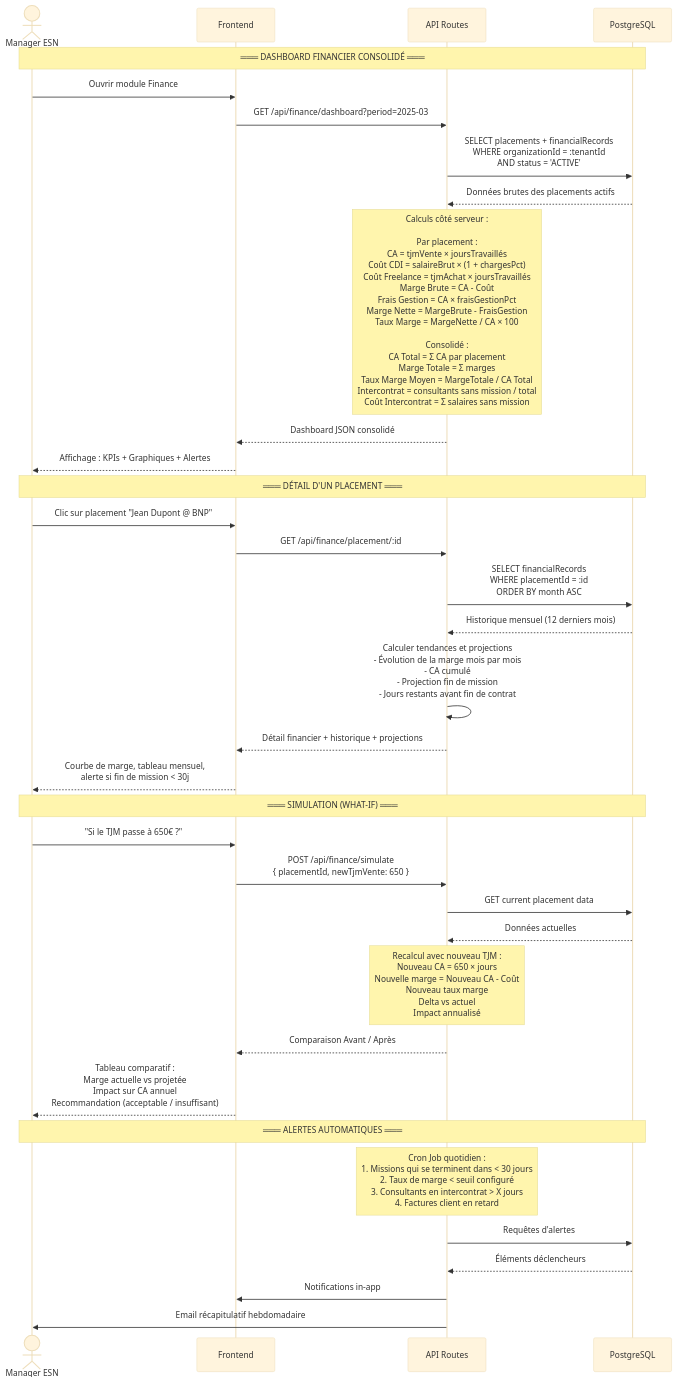
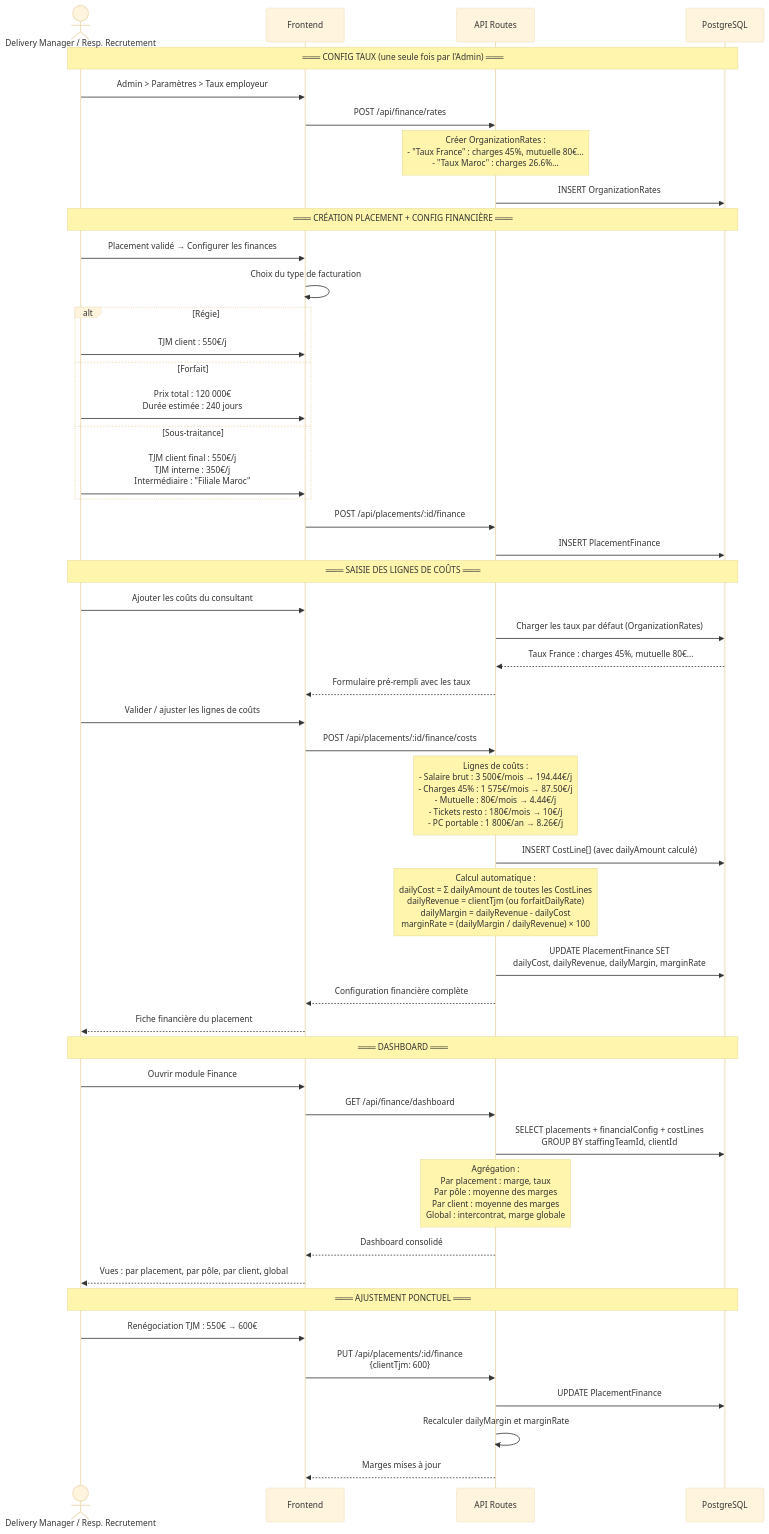
Before and after one commit to MisterRaymond/staffing-ai-architecture: the diagram in docs/diagrams/sequences/financial-calculation.md, drawn with Mermaid (base theme). The commit also changed 9 other files, not shown here.

First line of the commit message:
feat: refonte module financier — daily cost, 3 types facturation, taux configurables

````diff
--- a/docs/diagrams/sequences/financial-calculation.md
+++ b/docs/diagrams/sequences/financial-calculation.md
@@ -3,55 +3,72 @@
 ```mermaid
 sequenceDiagram
-    actor M as Manager ESN
+    actor DM as Delivery Manager / Resp. Recrutement
     participant APP as Frontend
     participant API as API Routes
     participant DB as PostgreSQL
 
-    Note over M,DB: ═══ DASHBOARD FINANCIER CONSOLIDÉ ═══
+    Note over DM,DB: ═══ CONFIG TAUX (une seule fois par l'Admin) ═══
 
-    M->>APP: Ouvrir module Finance
-    APP->>API: GET /api/finance/dashboard?period=2025-03
+    DM->>APP: Admin > Paramètres > Taux employeur
+    APP->>API: POST /api/finance/rates
+    Note over API: Créer OrganizationRates :<br/>- "Taux France" : charges 45%, mutuelle 80€...<br/>- "Taux Maroc" : charges 26.6%...
+    API->>DB: INSERT OrganizationRates
+    
+    Note over DM,DB: ═══ CRÉATION PLACEMENT + CONFIG FINANCIÈRE ═══
 
-    API->>DB: SELECT placements + financialRecords<br/>WHERE organizationId = :tenantId<br/>AND status = 'ACTIVE'
-    DB-->>API: Données brutes des placements actifs
+    DM->>APP: Placement validé → Configurer les finances
+    APP->>APP: Choix du type de facturation
 
-    Note over API: Calculs côté serveur :<br/><br/>Par placement :<br/>  CA = tjmVente × joursTravaillés<br/>  Coût CDI = salaireBrut × (1 + chargesPct)<br/>  Coût Freelance = tjmAchat × joursTravaillés<br/>  Marge Brute = CA - Coût<br/>  Frais Gestion = CA × fraisGestionPct<br/>  Marge Nette = MargeBrute - FraisGestion<br/>  Taux Marge = MargeNette / CA × 100<br/><br/>Consolidé :<br/>  CA Total = Σ CA par placement<br/>  Marge Totale = Σ marges<br/>  Taux Marge Moyen = MargeTotale / CA Total<br/>  Intercontrat = consultants sans mission / total<br/>  Coût Intercontrat = Σ salaires sans mission
+    alt Régie
+        DM->>APP: TJM client : 550€/j
+    else Forfait
+        DM->>APP: Prix total : 120 000€<br/>Durée estimée : 240 jours
+    else Sous-traitance
+        DM->>APP: TJM client final : 550€/j<br/>TJM interne : 350€/j<br/>Intermédiaire : "Filiale Maroc"
+    end
 
-    API-->>APP: Dashboard JSON consolidé
-    APP-->>M: Affichage : KPIs + Graphiques + Alertes
+    APP->>API: POST /api/placements/:id/finance
+    API->>DB: INSERT PlacementFinance
 
-    Note over M,DB: ═══ DÉTAIL D'UN PLACEMENT ═══
+    Note over DM,DB: ═══ SAISIE DES LIGNES DE COÛTS ═══
 
-    M->>APP: Clic sur placement "Jean Dupont @ BNP"
-    APP->>API: GET /api/finance/placement/:id
+    DM->>APP: Ajouter les coûts du consultant
 
-    API->>DB: SELECT financialRecords<br/>WHERE placementId = :id<br/>ORDER BY month ASC
-    DB-->>API: Historique mensuel (12 derniers mois)
+    API->>DB: Charger les taux par défaut (OrganizationRates)
+    DB-->>API: Taux France : charges 45%, mutuelle 80€...
+    API-->>APP: Formulaire pré-rempli avec les taux
 
-    API->>API: Calculer tendances et projections<br/>- Évolution de la marge mois par mois<br/>- CA cumulé<br/>- Projection fin de mission<br/>- Jours restants avant fin de contrat
+    DM->>APP: Valider / ajuster les lignes de coûts
+    APP->>API: POST /api/placements/:id/finance/costs
 
-    API-->>APP: Détail financier + historique + projections
-    APP-->>M: Courbe de marge, tableau mensuel,<br/>alerte si fin de mission < 30j
+    Note over API: Lignes de coûts :<br/>- Salaire brut : 3 500€/mois → 194.44€/j<br/>- Charges 45% : 1 575€/mois → 87.50€/j<br/>- Mutuelle : 80€/mois → 4.44€/j<br/>- Tickets resto : 180€/mois → 10€/j<br/>- PC portable : 1 800€/an → 8.26€/j
 
-    Note over M,DB: ═══ SIMULATION (WHAT-IF) ═══
+    API->>DB: INSERT CostLine[] (avec dailyAmount calculé)
 
-    M->>APP: "Si le TJM passe à 650€ ?"
-    APP->>API: POST /api/finance/simulate<br/>{ placementId, newTjmVente: 650 }
+    Note over API: Calcul automatique :<br/>dailyCost = Σ dailyAmount de toutes les CostLines<br/>dailyRevenue = clientTjm (ou forfaitDailyRate)<br/>dailyMargin = dailyRevenue - dailyCost<br/>marginRate = (dailyMargin / dailyRevenue) × 100
 
-    API->>DB: GET current placement data
-    DB-->>API: Données actuelles
+    API->>DB: UPDATE PlacementFinance SET<br/>dailyCost, dailyRevenue, dailyMargin, marginRate
 
-    Note over API: Recalcul avec nouveau TJM :<br/>  Nouveau CA = 650 × jours<br/>  Nouvelle marge = Nouveau CA - Coût<br/>  Nouveau taux marge<br/>  Delta vs actuel<br/>  Impact annualisé
+    API-->>APP: Configuration financière complète
+    APP-->>DM: Fiche financière du placement
 
-    API-->>APP: Comparaison Avant / Après
-    APP-->>M: Tableau comparatif :<br/>  Marge actuelle vs projetée<br/>  Impact sur CA annuel<br/>  Recommandation (acceptable / insuffisant)
+    Note over DM,DB: ═══ DASHBOARD ═══
 
-    Note over M,DB: ═══ ALERTES AUTOMATIQUES ═══
+    DM->>APP: Ouvrir module Finance
+    APP->>API: GET /api/finance/dashboard
 
-    Note over API: Cron Job quotidien :<br/>  1. Missions qui se terminent dans < 30 jours<br/>  2. Taux de marge < seuil configuré<br/>  3. Consultants en intercontrat > X jours<br/>  4. Factures client en retard
+    API->>DB: SELECT placements + financialConfig + costLines<br/>GROUP BY staffingTeamId, clientId
 
-    API->>DB: Requêtes d'alertes
-    DB-->>API: Éléments déclencheurs
-    API->>APP: Notifications in-app
-    API->>M: Email récapitulatif hebdomadaire
+    Note over API: Agrégation :<br/>Par placement : marge, taux<br/>Par pôle : moyenne des marges<br/>Par client : moyenne des marges<br/>Global : intercontrat, marge globale
+
+    API-->>APP: Dashboard consolidé
+    APP-->>DM: Vues : par placement, par pôle, par client, global
+
+    Note over DM,DB: ═══ AJUSTEMENT PONCTUEL ═══
+
+    DM->>APP: Renégociation TJM : 550€ → 600€
+    APP->>API: PUT /api/placements/:id/finance<br/>{clientTjm: 600}
+    API->>DB: UPDATE PlacementFinance
+    API->>API: Recalculer dailyMargin et marginRate
+    API-->>APP: Marges mises à jour
 ```
````
